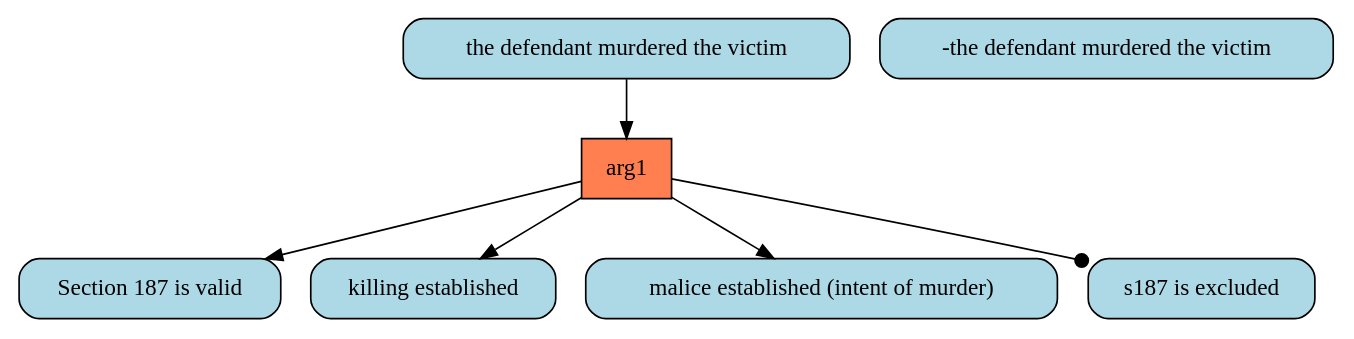
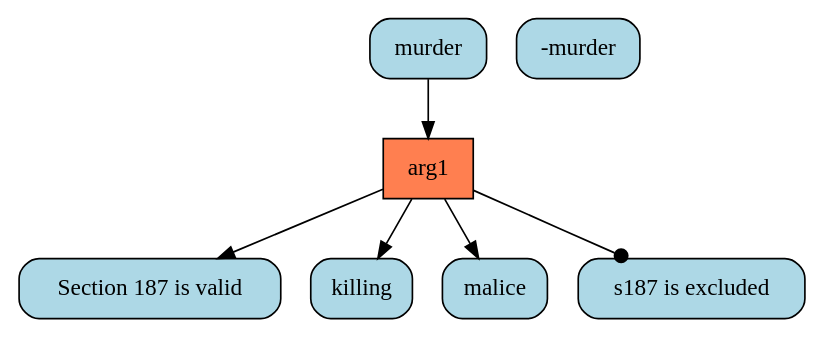
One commit to goweiting/carneades-ext changed the diagram in system/dot/example2/1_0.dot. Above: the diagram before and after it, drawn with Graphviz. The commit also changed 4 other files, not shown here.

```diff
--- a/system/dot/example2/1_0.dot
+++ b/system/dot/example2/1_0.dot
@@ -1,14 +1,14 @@
 digraph G{ 
 "arg1" [color="black", fillcolor="coral",fixedsize=false, shape=box, style="filled"]; 
-"the defendant murdered the victim" [color="black", fillcolor="lightblue", fixedsize=false,  shape="box", style="rounded,filled"]; 
-"-the defendant murdered the victim" [color="black", fillcolor="lightblue", fixedsize=false,  shape="box", style="rounded,filled"]; 
+"murder" [color="black", fillcolor="lightblue", fixedsize=false,  shape="box", style="rounded,filled"]; 
+"-murder" [color="black", fillcolor="lightblue", fixedsize=false,  shape="box", style="rounded,filled"]; 
 "Section 187 is valid" [color="black", fillcolor="lightblue", fixedsize=false,  shape="box", style="rounded,filled"]; 
-"killing established" [color="black", fillcolor="lightblue", fixedsize=false,  shape="box", style="rounded,filled"]; 
-"malice established (intent of murder)" [color="black", fillcolor="lightblue", fixedsize=false,  shape="box", style="rounded,filled"]; 
+"killing" [color="black", fillcolor="lightblue", fixedsize=false,  shape="box", style="rounded,filled"]; 
+"malice" [color="black", fillcolor="lightblue", fixedsize=false,  shape="box", style="rounded,filled"]; 
 "s187 is excluded" [color="black", fillcolor="lightblue", fixedsize=false,  shape="box", style="rounded,filled"]; 
-"the defendant murdered the victim" -> "arg1" ; 
+"murder" -> "arg1" ; 
 "arg1" -> "Section 187 is valid" ; 
-"arg1" -> "killing established" ; 
-"arg1" -> "malice established (intent of murder)" ; 
+"arg1" -> "killing" ; 
+"arg1" -> "malice" ; 
 "arg1" -> "s187 is excluded" [arrowhead=dot] ; 
 }
```
